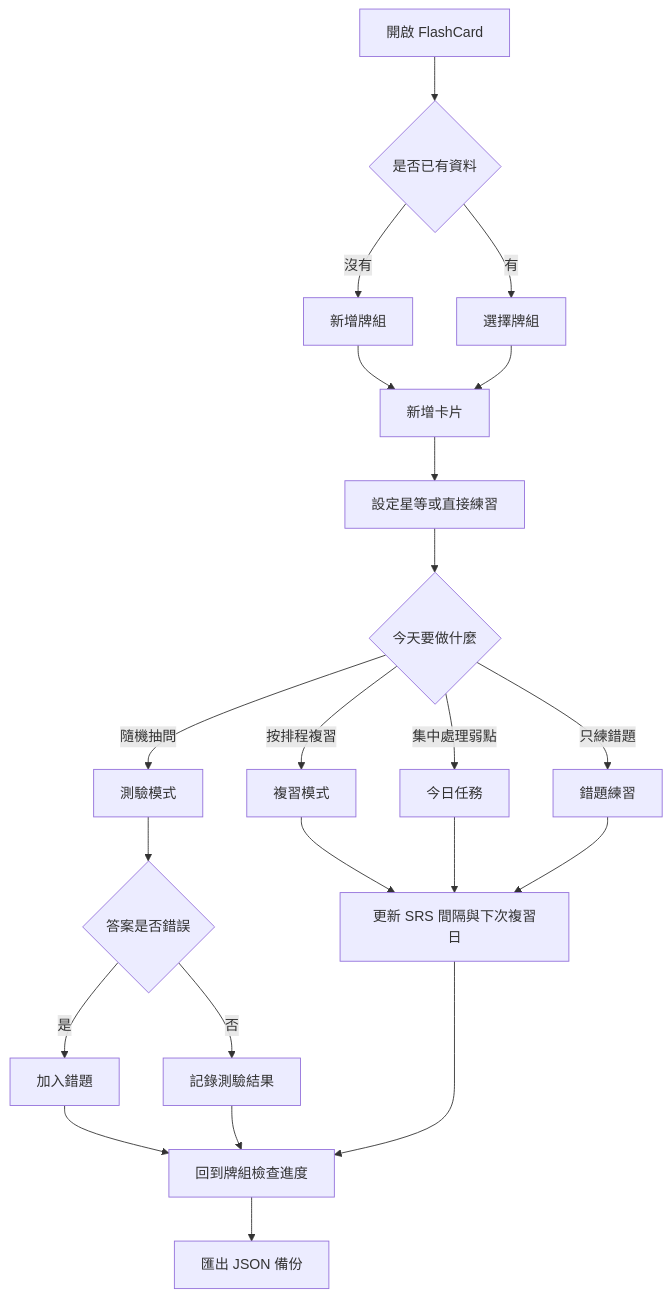
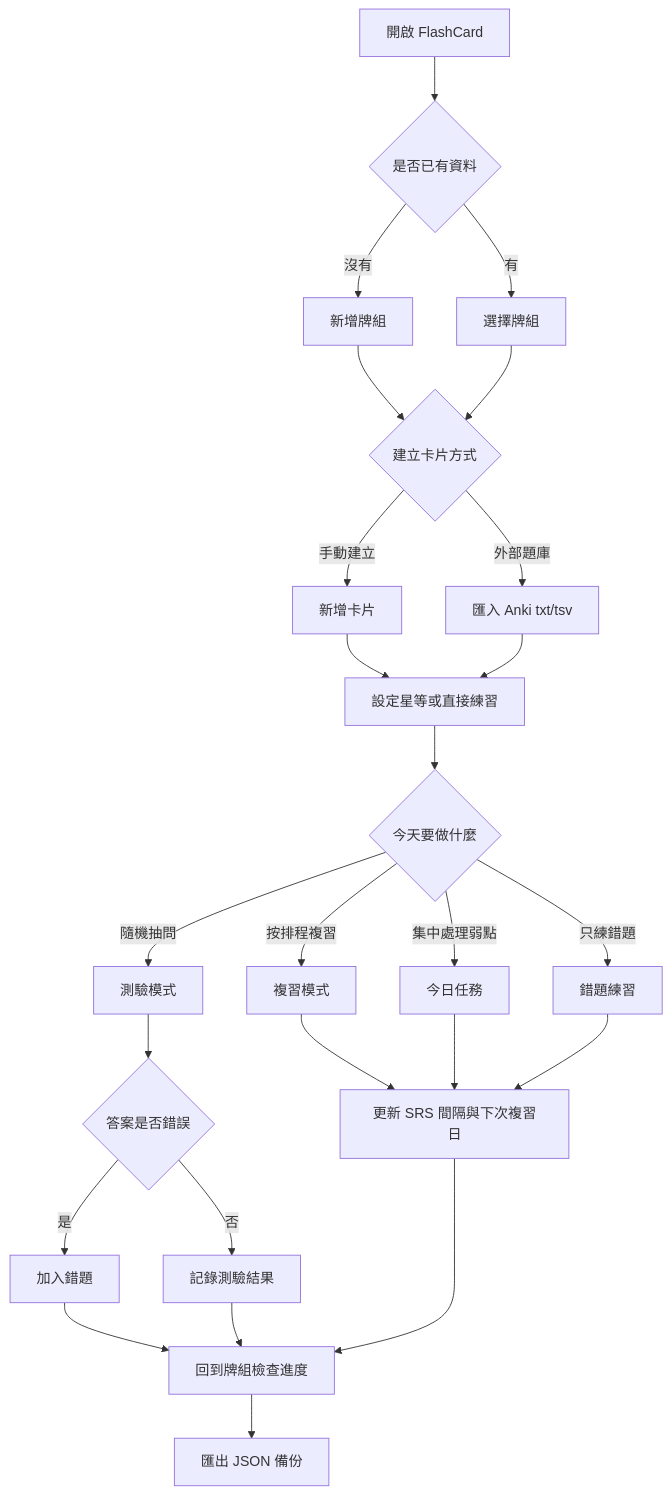
Before and after one commit to DunkLiao/exam-flash-card: the first of 5 diagrams in README.md, drawn with Mermaid. The commit also changed other lines of this file and 8 other files, not shown here.

````diff
--- a/README.md
+++ b/README.md
@@ -36,24 +39,27 @@
 ```mermaid
 flowchart TD
   A[開啟 FlashCard] --> B{是否已有資料}
   B -->|沒有| C[新增牌組]
   B -->|有| D[選擇牌組]
-  C --> E[新增卡片]
+  C --> E{建立卡片方式}
   D --> E
-  E --> F[設定星等或直接練習]
+  E -->|手動建立| E1[新增卡片]
+  E -->|外部題庫| E2[匯入 Anki txt/tsv]
+  E1 --> F[設定星等或直接練習]
+  E2 --> F
   F --> G{今天要做什麼}
   G -->|按排程複習| H[複習模式]
   G -->|集中處理弱點| I[今日任務]
   G -->|只練錯題| J[錯題練習]
   G -->|隨機抽問| K[測驗模式]
   H --> L[更新 SRS 間隔與下次複習日]
   I --> L
   J --> L
   K --> M{答案是否錯誤}
   M -->|是| N[加入錯題]
   M -->|否| O[記錄測驗結果]
   N --> P[回到牌組檢查進度]
   O --> P
   L --> P
   P --> Q[匯出 JSON 備份]
 ```
````
